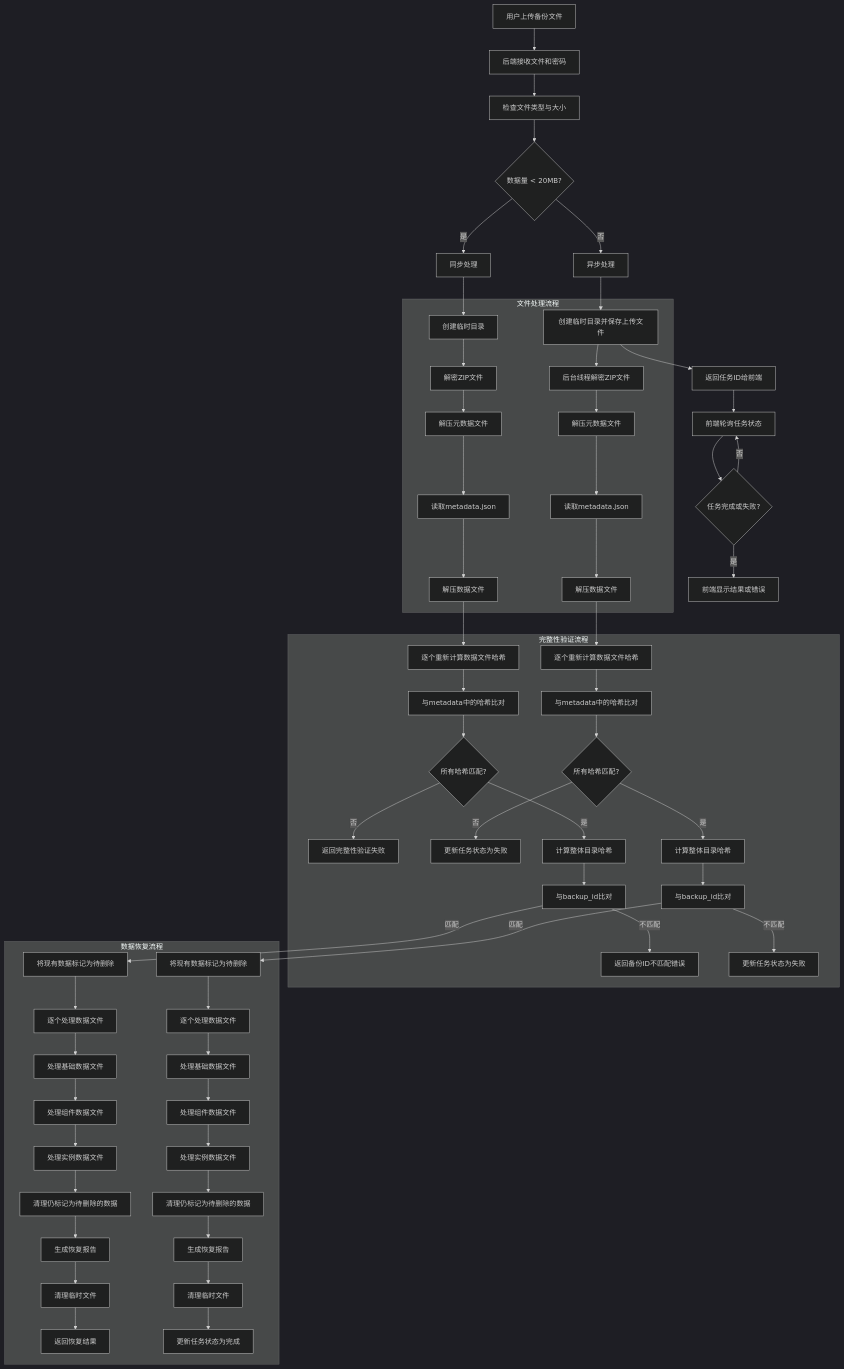
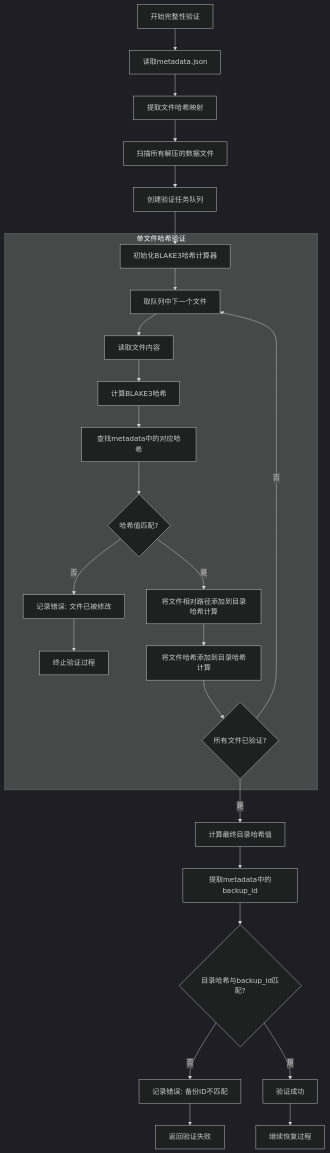
One commit to yingjianzh/iodraw-files changed the diagram in all/未命名-61.md. Above: the diagram before and after it, drawn with Mermaid (dark theme).

Commit message:
2025-05-15 17:59:28 update

````diff
--- a/all/未命名-61.md
+++ b/all/未命名-61.md
@@ -1,85 +1,38 @@
 ```mermaid
 flowchart TD
-    A[用户上传备份文件] --> B[后端接收文件和密码]
-    B --> C[检查文件类型与大小]
+    A[开始完整性验证] --> B[读取metadata.json]
+    B --> C[提取文件哈希映射]
     
-    C --> D{数据量 < 20MB?}
+    C --> D[扫描所有解压的数据文件]
     
-    D -->|是| E1[同步处理]
-    D -->|否| E2[异步处理]
+    D --> E[创建验证任务队列]
+    E --> F[初始化BLAKE3哈希计算器]
     
-    E1 --> F1[创建临时目录]
-    E2 --> F2[创建临时目录并保存上传文件]
-    F2 --> G2[返回任务ID给前端]
-    
-    subgraph 文件处理流程
-        F1 --> H1[解密ZIP文件]
-        F2 --> H2[后台线程解密ZIP文件]
+    subgraph 单文件哈希验证
+        F --> G[取队列中下一个文件]
+        G --> H[读取文件内容]
+        H --> I[计算BLAKE3哈希]
         
-        H1 --> I1[解压元数据文件]
-        H2 --> I2[解压元数据文件]
+        I --> J[查找metadata中的对应哈希]
+        J --> K{哈希值匹配?}
         
-        I1 --> J1[读取metadata.json]
-        I2 --> J2[读取metadata.json]
+        K -->|否| L["记录错误: 文件已被修改"]
+        L --> M[终止验证过程]
         
-        J1 --> K1[解压数据文件]
-        J2 --> K2[解压数据文件]
+        K -->|是| N[将文件相对路径添加到目录哈希计算]
+        N --> O[将文件哈希添加到目录哈希计算]
+        
+        O --> P{所有文件已验证?}
+        P -->|否| G
     end
     
-    subgraph 完整性验证流程
-        K1 --> L1[逐个重新计算数据文件哈希]
-        K2 --> L2[逐个重新计算数据文件哈希]
-        
-        L1 --> M1[与metadata中的哈希比对]
-        L2 --> M2[与metadata中的哈希比对]
-        
-        M1 --> N1{所有哈希匹配?}
-        M2 --> N2{所有哈希匹配?}
-        
-        N1 -->|否| O1[返回完整性验证失败]
-        N2 -->|否| O2[更新任务状态为失败]
-        
-        N1 -->|是| P1[计算整体目录哈希]
-        N2 -->|是| P2[计算整体目录哈希]
-        
-        P1 --> Q1[与backup_id比对]
-        P2 --> Q2[与backup_id比对]
-        
-        Q1 -->|不匹配| R1[返回备份ID不匹配错误]
-        Q2 -->|不匹配| R2[更新任务状态为失败]
-    end
+    P -->|是| Q[计算最终目录哈希值]
+    Q --> R[提取metadata中的backup_id]
     
-    subgraph 数据恢复流程
-        Q1 -->|匹配| S1[将现有数据标记为待删除]
-        Q2 -->|匹配| S2[将现有数据标记为待删除]
-        
-        S1 --> T1[逐个处理数据文件]
-        S2 --> T2[逐个处理数据文件]
-        
-        T1 --> U1[处理基础数据文件]
-        T2 --> U2[处理基础数据文件]
-        
-        U1 --> V1[处理组件数据文件]
-        U2 --> V2[处理组件数据文件]
-        
-        V1 --> W1[处理实例数据文件]
-        V2 --> W2[处理实例数据文件]
-        
-        W1 --> X1[清理仍标记为待删除的数据]
-        W2 --> X2[清理仍标记为待删除的数据]
-        
-        X1 --> Y1[生成恢复报告]
-        X2 --> Y2[生成恢复报告]
-        
-        Y1 --> Z1[清理临时文件]
-        Y2 --> Z2[清理临时文件]
-        
-        Z1 --> AA1[返回恢复结果]
-        Z2 --> AA2[更新任务状态为完成]
-    end
+    R --> S{目录哈希与backup_id匹配?}
+    S -->|否| T["记录错误: 备份ID不匹配"]
+    T --> U[返回验证失败]
     
-    G2 --> AB[前端轮询任务状态]
-    AB --> AC{任务完成或失败?}
-    AC -->|否| AB
-    AC -->|是| AD[前端显示结果或错误]
+    S -->|是| V[验证成功]
+    V --> W[继续恢复过程]
 ```
````
